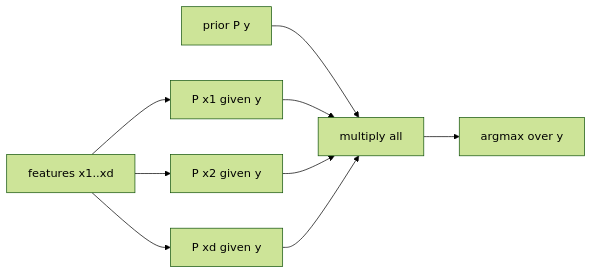
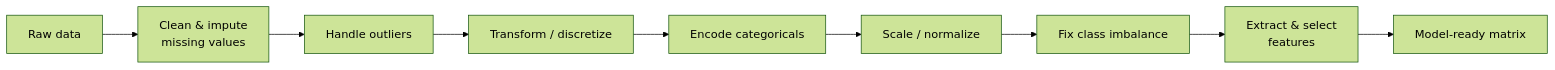
One commit to kader-xai/kader-xai.github.io changed the first of 2 diagrams in ai-ml-encyclopedia/ch06.qmd. Above: the diagram before and after it, drawn with Mermaid (forest theme). The commit also changed other lines of this file and 47 other files, not shown here.

````diff
--- a/ai-ml-encyclopedia/ch06.qmd
+++ b/ai-ml-encyclopedia/ch06.qmd
@@ -230,11 +99,11 @@
 ```{mermaid}
-graph LR
-  X[features x1..xd] --> P1[P x1 given y]
-  X --> P2[P x2 given y]
-  X --> P3[P xd given y]
-  Pr[prior P y] --> M[multiply all]
-  P1 --> M
-  P2 --> M
-  P3 --> M
-  M --> A[argmax over y]
+flowchart LR
+  A[Raw data] --> B[Clean & impute<br/>missing values]
+  B --> C[Handle outliers]
+  C --> D[Transform / discretize]
+  D --> E[Encode categoricals]
+  E --> F[Scale / normalize]
+  F --> G[Fix class imbalance]
+  G --> H[Extract & select<br/>features]
+  H --> I[Model-ready matrix]
 ```
````
